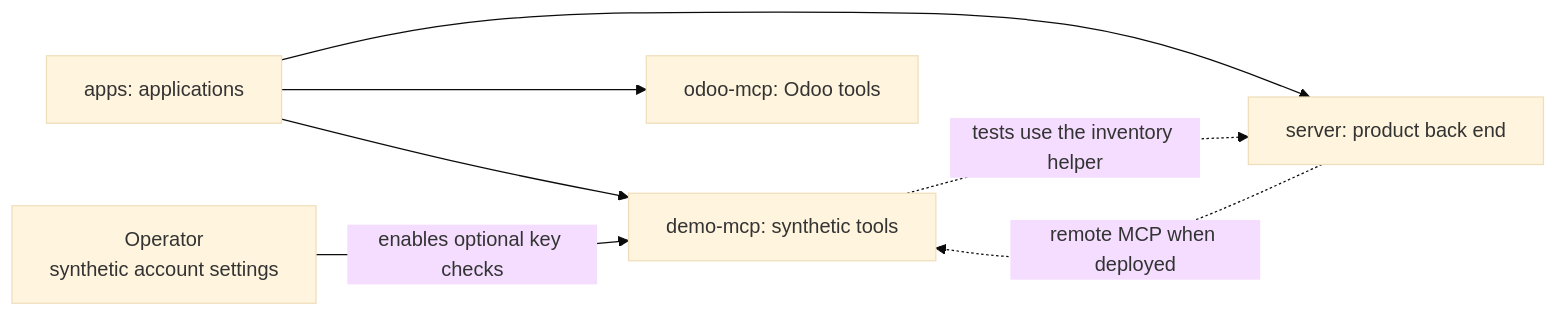
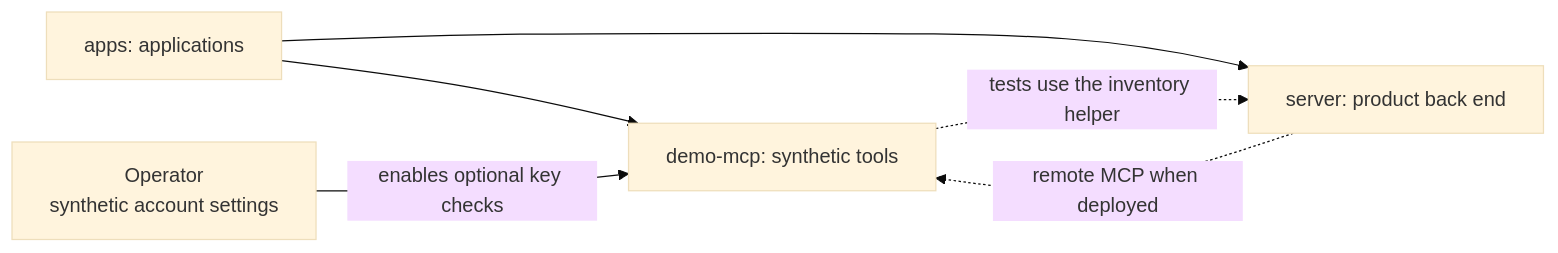
One commit to elewa-git/opencrane-new changed the diagram in apps/demo-mcp/README.md. Above: the diagram before and after it, drawn with Mermaid (base theme). The commit also changed other lines of this file and 34 other files, not shown here.

````diff
--- a/apps/demo-mcp/README.md
+++ b/apps/demo-mcp/README.md
@@ -16,9 +16,8 @@
 ```mermaid
 flowchart LR
   apps["apps: applications"] --> demo["demo-mcp: synthetic tools"]
   apps --> server["server: product back end"]
   operator["Operator<br/>synthetic account settings"] -->|enables optional key checks| demo
-  apps --> odoo["odoo-mcp: Odoo tools"]
   server -.->|remote MCP when deployed| demo
   demo -.->|tests use the inventory helper| server
 ```
````
